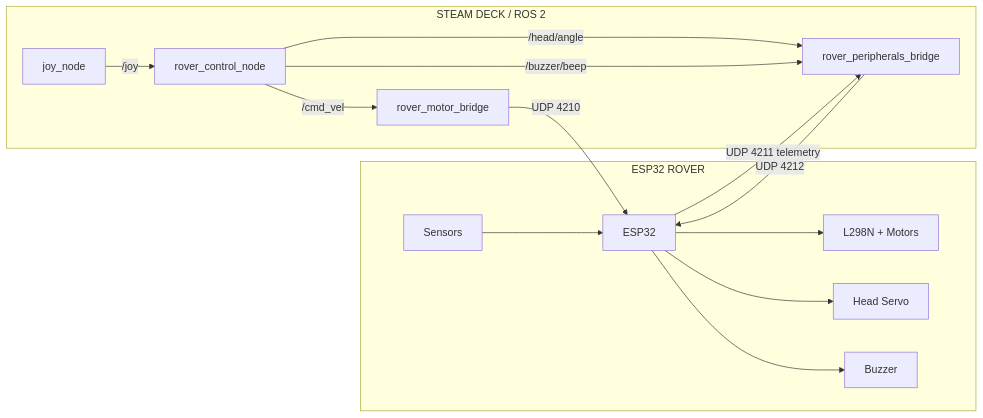
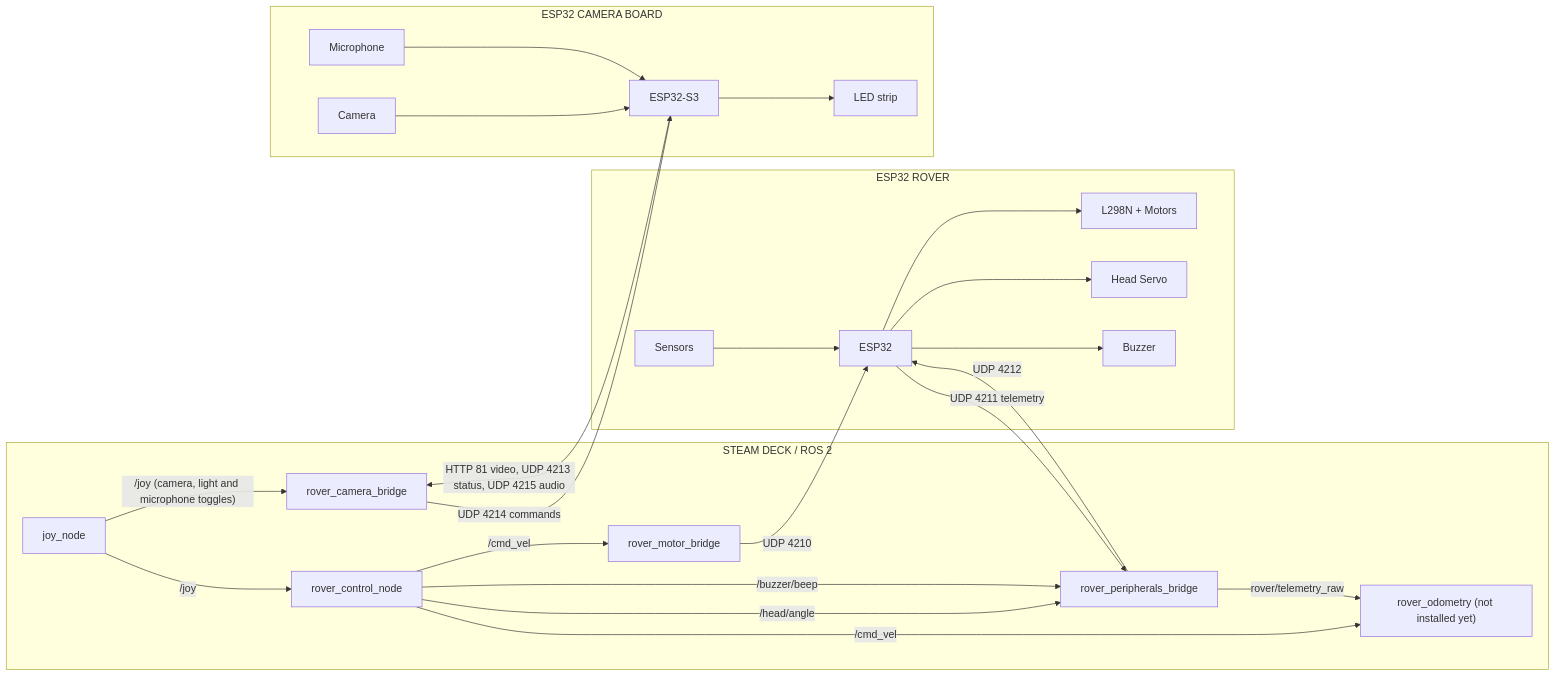
The diagram in README.md (SolarSpore/Esp32-Autonomous-Rover-2026), drawn with Mermaid before and after one commit. The commit also changed other lines of this file and 28 other files, not shown here.

Commit message:
Add the camera board, microphone, LEDs, trigger drive and odometry support; update the guides

````diff
--- a/README.md
+++ b/README.md
@@ -63,31 +72,50 @@
 ```mermaid
 flowchart LR
     subgraph ROS["STEAM DECK / ROS 2"]
         JOY["joy_node"]
         CONTROL["rover_control_node"]
         MOTOR["rover_motor_bridge"]
         PERIPH["rover_peripherals_bridge"]
+        CAMBR["rover_camera_bridge"]
+        ODOM["rover_odometry (not installed yet)"]
 
         JOY -->|"/joy"| CONTROL
+        JOY -->|"/joy (camera, light and microphone toggles)"| CAMBR
         CONTROL -->|"/cmd_vel"| MOTOR
         CONTROL -->|"/head/angle"| PERIPH
         CONTROL -->|"/buzzer/beep"| PERIPH
+        CONTROL -->|"/cmd_vel"| ODOM
+        PERIPH -->|"rover/telemetry_raw"| ODOM
     end
 
     subgraph ESP["ESP32 ROVER"]
         MCU["ESP32"]
         MOTORS["L298N + Motors"]
         HEAD["Head Servo"]
         BUZZ["Buzzer"]
         SENSOR["Sensors"]
 
         MCU --> MOTORS
         MCU --> HEAD
         MCU --> BUZZ
         SENSOR --> MCU
     end
 
     MOTOR -->|"UDP 4210"| MCU
     PERIPH -->|"UDP 4212"| MCU
     MCU -->|"UDP 4211 telemetry"| PERIPH
+
+    subgraph CAMESP["ESP32 CAMERA BOARD"]
+        CAMMCU["ESP32-S3"]
+        CAMERA["Camera"]
+        MIC["Microphone"]
+        LEDS["LED strip"]
+
+        CAMERA --> CAMMCU
+        MIC --> CAMMCU
+        CAMMCU --> LEDS
+    end
+
+    CAMBR -->|"UDP 4214 commands"| CAMMCU
+    CAMMCU -->|"HTTP 81 video, UDP 4213 status, UDP 4215 audio"| CAMBR
 ```
````
